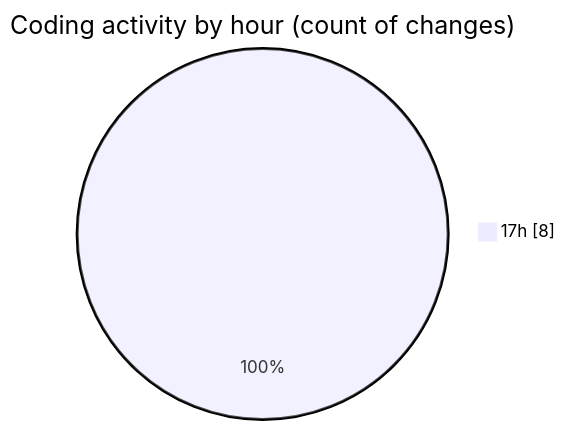
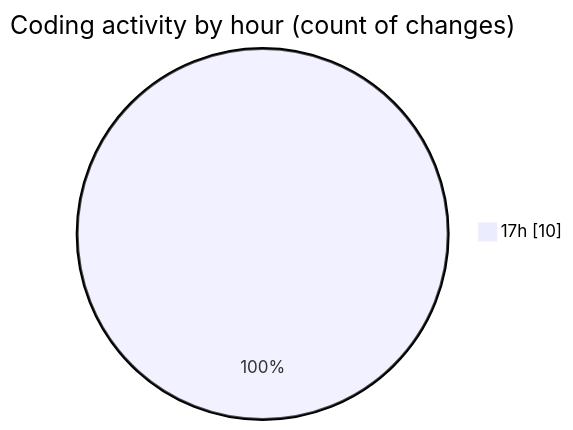
The second of 2 diagrams in 2025-08-27/loja-mbc-web/README.md (robertbonfada/code-tracking), drawn with Mermaid before and after one commit. The commit also changed other lines of this file and 1 other file, not shown here.

````diff
--- a/2025-08-27/loja-mbc-web/README.md
+++ b/2025-08-27/loja-mbc-web/README.md
@@ -28,5 +29,5 @@
 ```mermaid
 pie showData
 title Coding activity by hour (count of changes)
-"17h" : 8
+"17h" : 10
 ```
````
